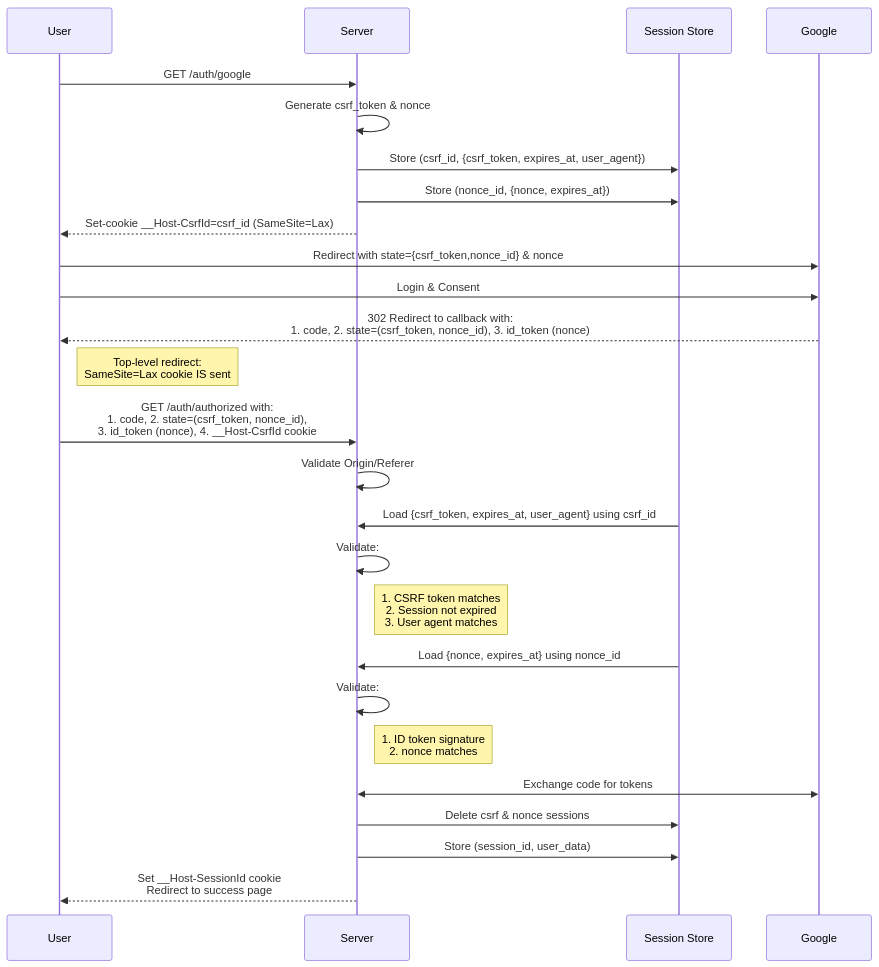
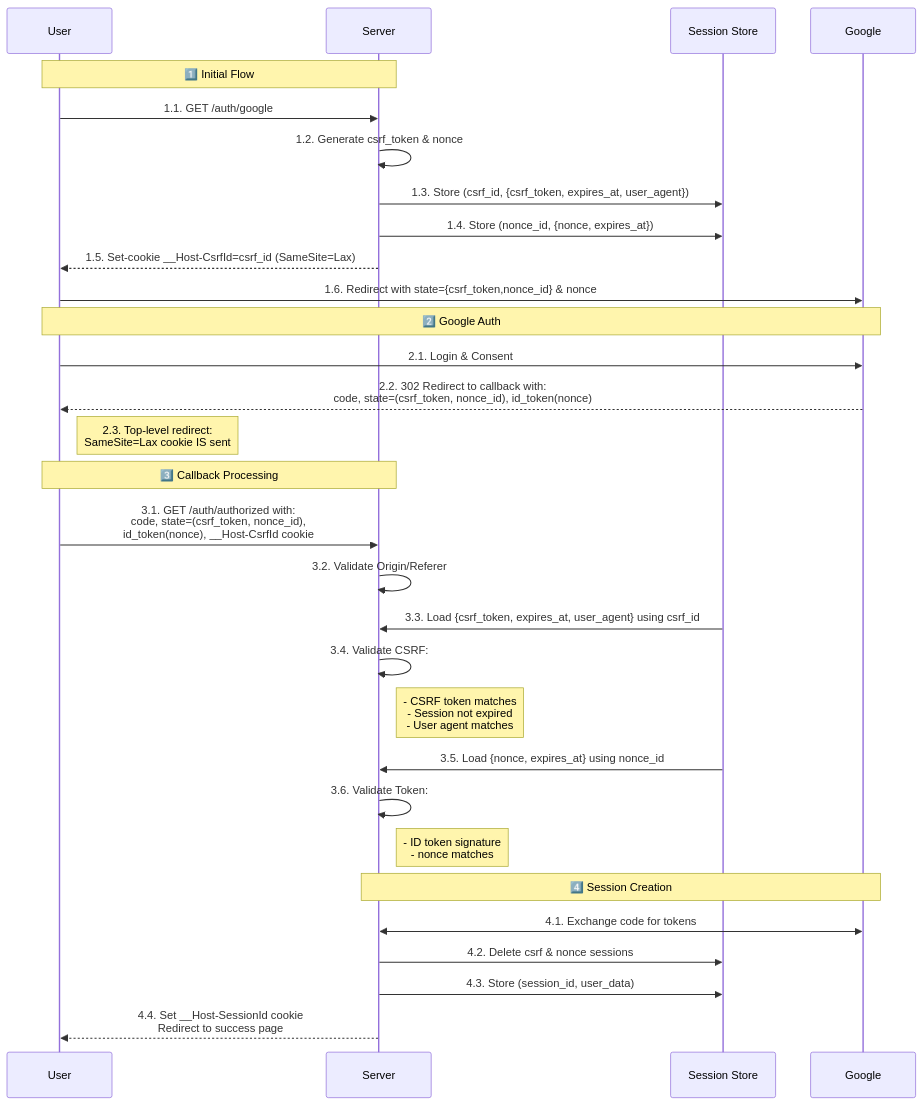
Before and after one commit to ktaka-ccmp/axum-google-oauth2: the second of 3 diagrams in Readme.md, drawn with Mermaid. The commit also changed other lines of this file, not shown here.

Commit message:
As of 202411271138

````diff
--- a/Readme.md
+++ b/Readme.md
@@ -192,31 +196,36 @@
 ```mermaid
 sequenceDiagram
     participant User
     participant Server
     participant Session Store
     participant Google
 
-    User->>Server: GET /auth/google
-    Server->>Server: Generate csrf_token & nonce
-    Server->>Session Store: Store (csrf_id, {csrf_token, expires_at, user_agent})
-    Server->>Session Store: Store (nonce_id, {nonce, expires_at})
-    Server-->>User: Set-cookie __Host-CsrfId=csrf_id  (SameSite=Lax)
-    User->>Google: Redirect with state={csrf_token,nonce_id} & nonce
+    Note over User,Server: 1️⃣ Initial Flow
+    User->>Server: 1.1. GET /auth/google
+    Server->>Server: 1.2. Generate csrf_token & nonce
+    Server->>Session Store: 1.3. Store (csrf_id, {csrf_token, expires_at, user_agent})
+    Server->>Session Store: 1.4. Store (nonce_id, {nonce, expires_at})
+    Server-->>User: 1.5. Set-cookie __Host-CsrfId=csrf_id (SameSite=Lax)
+    User->>Google: 1.6. Redirect with state={csrf_token,nonce_id} & nonce
     
-    User->>Google: Login & Consent
-    Google-->>User: 302 Redirect to callback with:<br/>1. code, 2. state=(csrf_token, nonce_id), 3. id_token (nonce)
-    Note right of User: Top-level redirect:<br/>SameSite=Lax cookie IS sent
+    Note over User,Google: 2️⃣ Google Auth
+    User->>Google: 2.1. Login & Consent
+    Google-->>User: 2.2. 302 Redirect to callback with:<br/>code, state=(csrf_token, nonce_id), id_token(nonce)
+    Note right of User: 2.3. Top-level redirect:<br/>SameSite=Lax cookie IS sent
     
-    User->>Server: GET /auth/authorized with: <br/>1. code, 2. state=(csrf_token, nonce_id),<br/>3. id_token (nonce), 4. __Host-CsrfId cookie
-    Server->>Server: Validate Origin/Referer
-    Session Store->>Server: Load {csrf_token, expires_at, user_agent} using csrf_id
-    Server->>Server: Validate:
-    Note right of Server: 1. CSRF token matches<br/>2. Session not expired<br/>3. User agent matches
-    Session Store->>Server: Load {nonce, expires_at} using nonce_id
-    Server->>Server: Validate:
-    Note right of Server: 1. ID token signature<br/>2. nonce matches
-    Server<<->>Google: Exchange code for tokens
-    Server->>Session Store: Delete csrf & nonce sessions
-    Server->>Session Store: Store (session_id, user_data)
-    Server-->>User: Set __Host-SessionId cookie<br/>Redirect to success page
+    Note over User,Server: 3️⃣ Callback Processing
+    User->>Server: 3.1. GET /auth/authorized with:<br/>code, state=(csrf_token, nonce_id),<br/>id_token(nonce), __Host-CsrfId cookie
+    Server->>Server: 3.2. Validate Origin/Referer
+    Session Store->>Server: 3.3. Load {csrf_token, expires_at, user_agent} using csrf_id
+    Server->>Server: 3.4. Validate CSRF:
+    Note right of Server: - CSRF token matches<br/>- Session not expired<br/>- User agent matches
+    Session Store->>Server: 3.5. Load {nonce, expires_at} using nonce_id
+    Server->>Server: 3.6. Validate Token:
+    Note right of Server: - ID token signature<br/>- nonce matches
+
+    Note over Server,Google: 4️⃣ Session Creation    
+    Server<<->>Google: 4.1. Exchange code for tokens
+    Server->>Session Store: 4.2. Delete csrf & nonce sessions
+    Server->>Session Store: 4.3. Store (session_id, user_data)
+    Server-->>User: 4.4. Set __Host-SessionId cookie<br/>Redirect to success page
 ```
````
